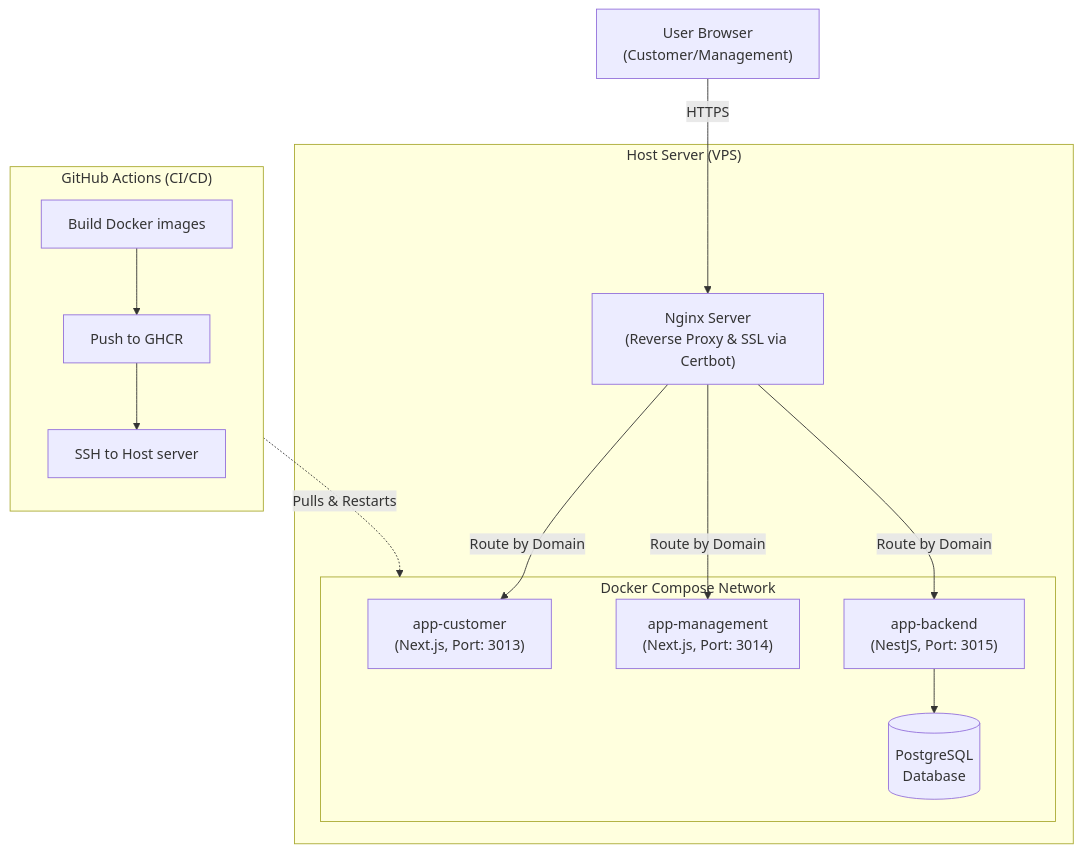
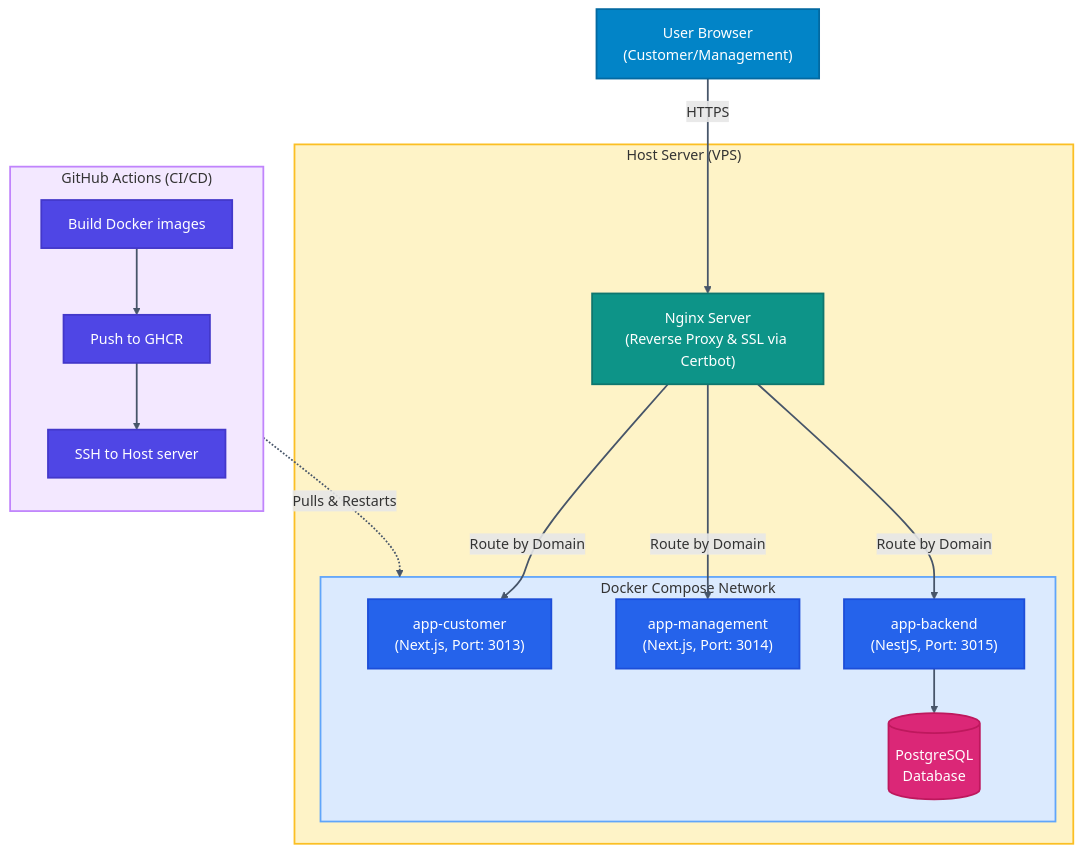
Before and after one commit to nishan-paul-2022/interview-easy-fashion-limited: the diagram in README.md, drawn with Mermaid.

Commit message:
docs: add Mermaid class definitions and styling to architecture diagram in README

````diff
--- a/README.md
+++ b/README.md
@@ -19,32 +19,45 @@
 ```mermaid
+%%{init: {'themeCSS': '.edgeLabel { background-color: #4f46e5 !important; color: #ffffff !important; border-radius: 4px; padding: 2px 4px; }'}}%%
 flowchart TD
-    Browser["User Browser<br/>(Customer/Management)"]
+    Browser["User Browser<br/>(Customer/Management)"]:::browser
 
     subgraph CI["GitHub Actions (CI/CD)"]
         direction TB
-        Build["Build Docker images"]
-        Push["Push to GHCR"]
-        Deploy["SSH to Host server"]
+        Build["Build Docker images"]:::ci
+        Push["Push to GHCR"]:::ci
+        Deploy["SSH to Host server"]:::ci
         Build --> Push --> Deploy
     end
 
     subgraph VPS["Host Server (VPS)"]
-        Nginx["Nginx Server<br/>(Reverse Proxy & SSL via Certbot)"]
+        Nginx["Nginx Server<br/>(Reverse Proxy & SSL via Certbot)"]:::nginx
 
         subgraph Docker["Docker Compose Network"]
-            Customer["app-customer<br/>(Next.js, Port: 3013)"]
-            Management["app-management<br/>(Next.js, Port: 3014)"]
-            Backend["app-backend<br/>(NestJS, Port: 3015)"]
-            DB[(PostgreSQL<br/>Database)]
+            Customer["app-customer<br/>(Next.js, Port: 3013)"]:::app
+            Management["app-management<br/>(Next.js, Port: 3014)"]:::app
+            Backend["app-backend<br/>(NestJS, Port: 3015)"]:::app
+            DB[(PostgreSQL<br/>Database)]:::db
 
             Backend --> DB
         end
 
         Nginx -->|Route by Domain| Customer
         Nginx -->|Route by Domain| Management
         Nginx -->|Route by Domain| Backend
     end
 
     Deploy -.->|Pulls & Restarts| Docker
     Browser -->|HTTPS| Nginx
+
+    classDef browser fill:#0284c7,stroke:#0369a1,stroke-width:2px,color:#ffffff;
+    classDef ci fill:#4f46e5,stroke:#4338ca,stroke-width:2px,color:#ffffff;
+    classDef nginx fill:#0d9488,stroke:#0f766e,stroke-width:2px,color:#ffffff;
+    classDef app fill:#2563eb,stroke:#1d4ed8,stroke-width:2px,color:#ffffff;
+    classDef db fill:#db2777,stroke:#be185d,stroke-width:2px,color:#ffffff;
+
+    style CI fill:#f3e8ff,stroke:#c084fc,stroke-width:2px;
+    style VPS fill:#fef3c7,stroke:#fbbf24,stroke-width:2px;
+    style Docker fill:#dbeafe,stroke:#60a5fa,stroke-width:2px;
+
+    linkStyle default stroke:#475569,stroke-width:2px;
 ```
````
